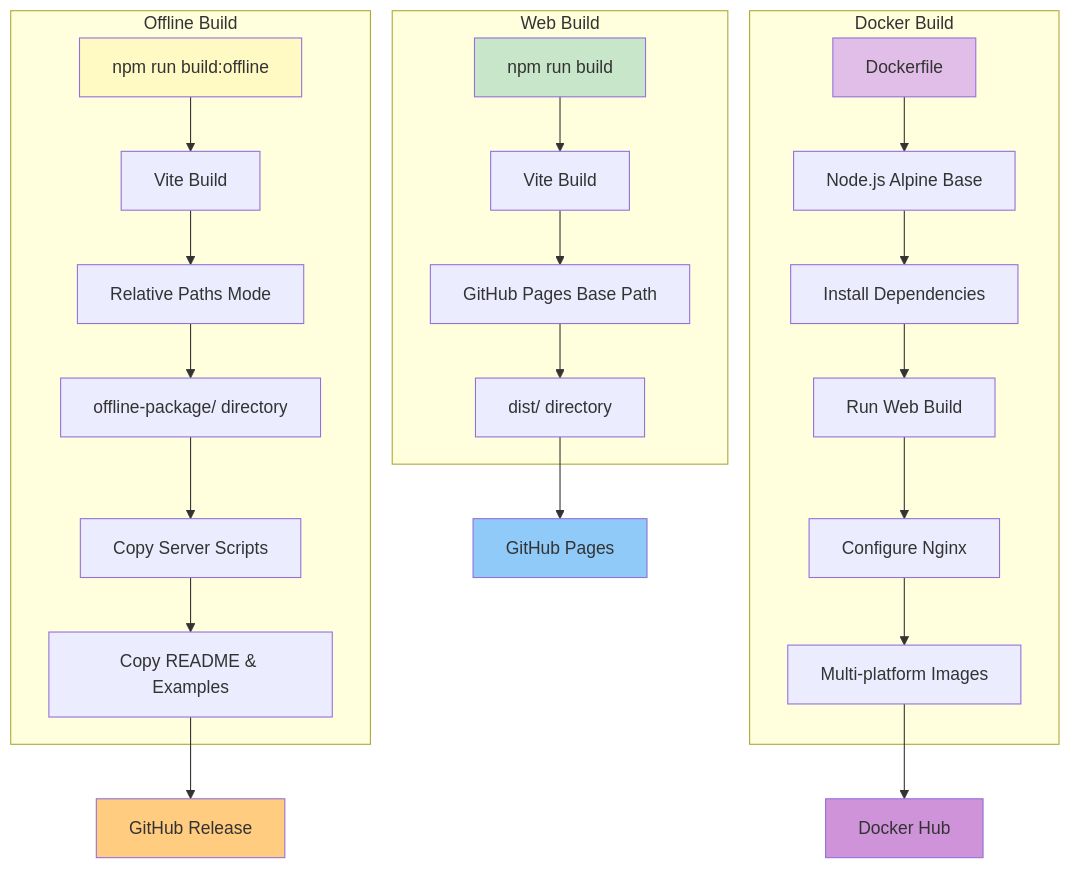
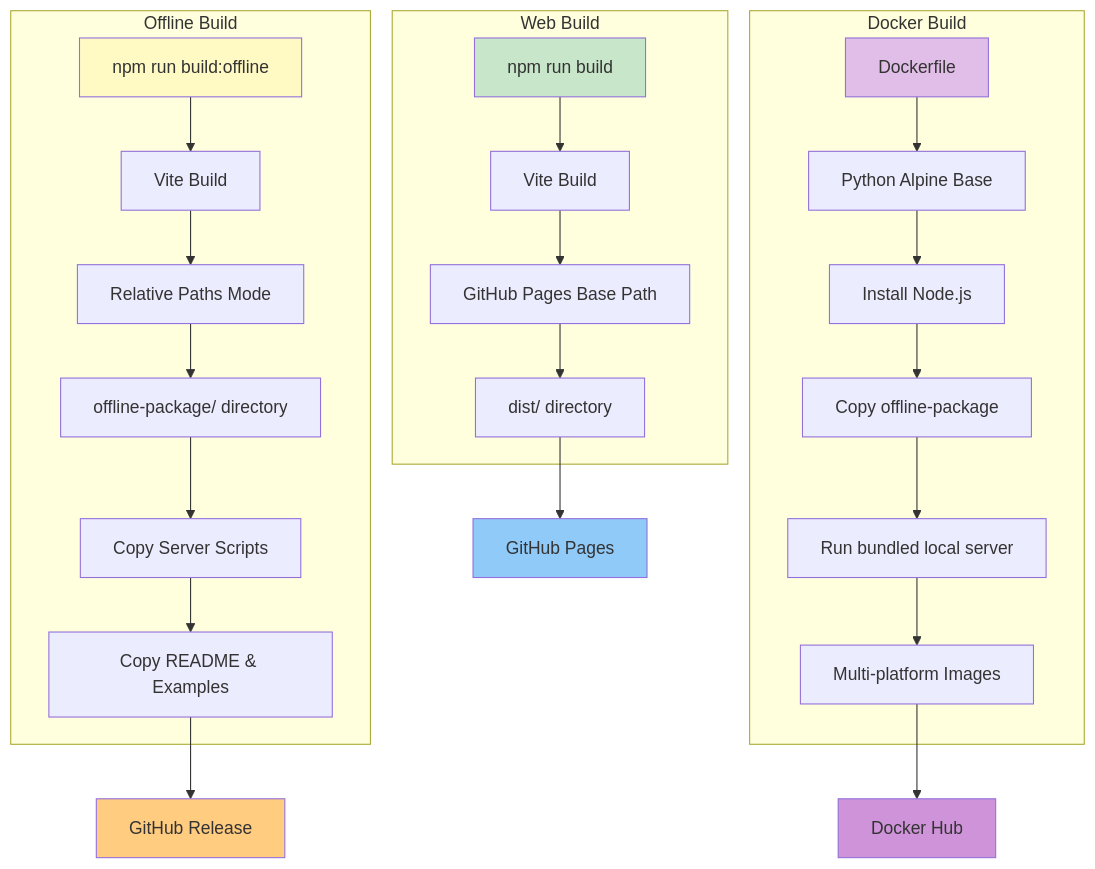
Before and after one commit to kanad13/mermaid-slides: the third of 3 diagrams in docs/DEPLOYMENT.md, drawn with Mermaid. The commit also changed other lines of this file and 9 other files, not shown here.

````diff
--- a/docs/DEPLOYMENT.md
+++ b/docs/DEPLOYMENT.md
@@ -186,35 +205,35 @@
 ```mermaid
 graph TB
     subgraph "Web Build"
         A1[npm run build] --> A2[Vite Build]
         A2 --> A3[GitHub Pages Base Path]
         A3 --> A4[dist/ directory]
     end
 
     subgraph "Offline Build"
         B1[npm run build:offline] --> B2[Vite Build]
         B2 --> B3[Relative Paths Mode]
         B3 --> B4[offline-package/ directory]
         B4 --> B5[Copy Server Scripts]
         B5 --> B6[Copy README & Examples]
     end
 
     subgraph "Docker Build"
-        C1[Dockerfile] --> C2[Node.js Alpine Base]
-        C2 --> C3[Install Dependencies]
-        C3 --> C4[Run Web Build]
-        C4 --> C5[Configure Nginx]
+        C1[Dockerfile] --> C2[Python Alpine Base]
+        C2 --> C3[Install Node.js]
+        C3 --> C4[Copy offline-package]
+        C4 --> C5[Run bundled local server]
         C5 --> C6[Multi-platform Images]
     end
 
     A4 --> D[GitHub Pages]
     B6 --> E[GitHub Release]
     C6 --> F[Docker Hub]
 
     style A1 fill:#c8e6c9
     style B1 fill:#fff9c4
     style C1 fill:#e1bee7
     style D fill:#90caf9
     style E fill:#ffcc80
     style F fill:#ce93d8
 ```
````
